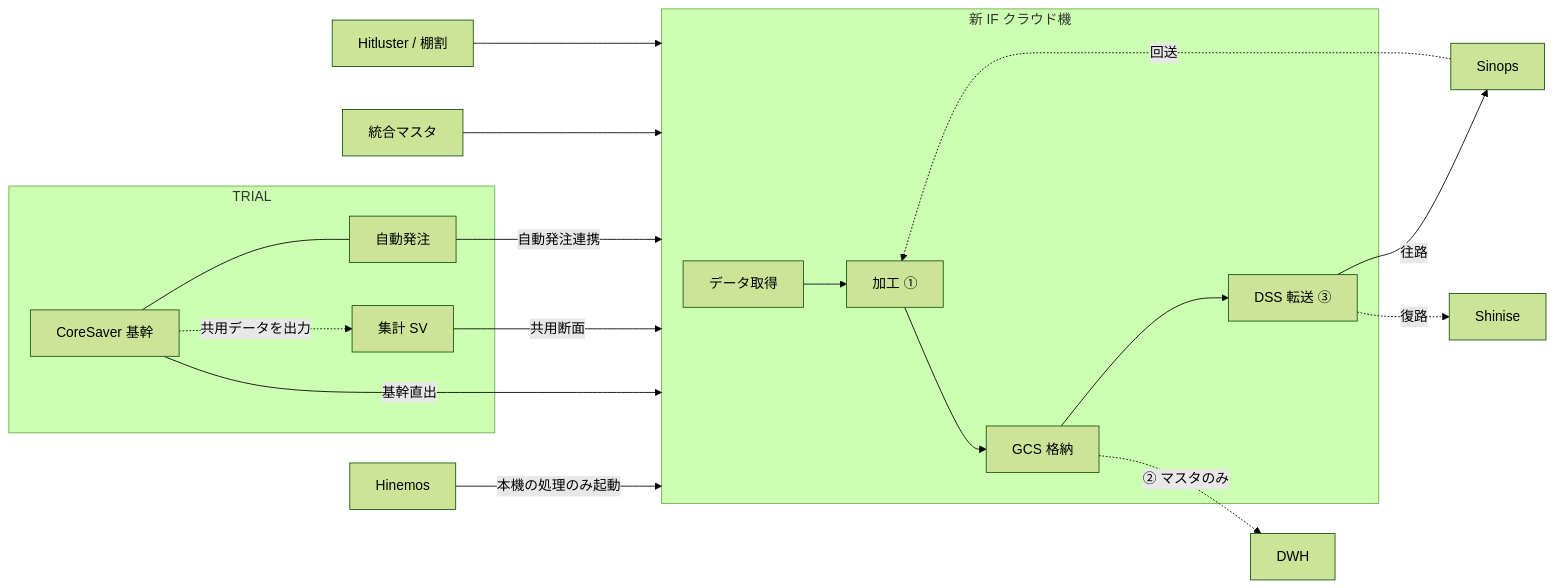
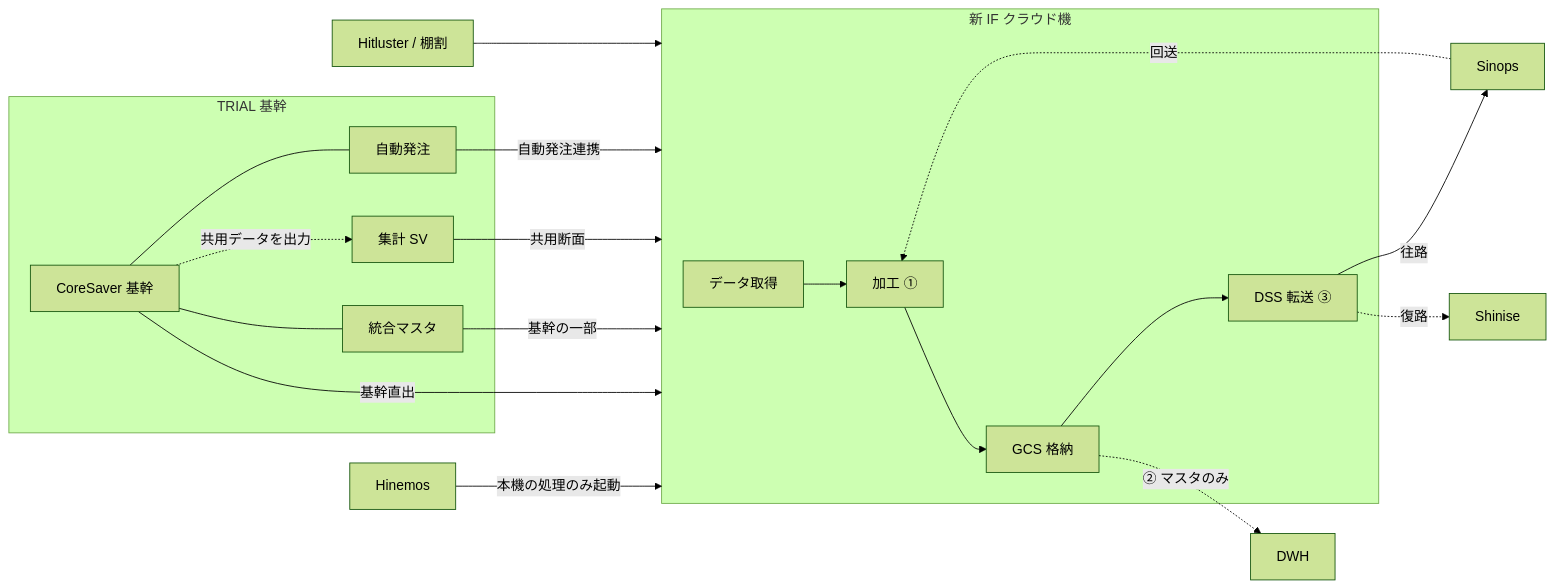
Before and after one commit to ZangPengshi-TREC/Zang_TreC: the diagram in PMI/Sinops/phase2-detail-design/SCM-IFクラウド機アーキテクチャ.md, drawn with Mermaid (forest theme). The commit also changed other lines of this file, not shown here.

Commit message:
docs: place unified master inside TRIAL core on SCM IF architecture

````diff
--- a/PMI/Sinops/phase2-detail-design/SCM-IFクラウド機アーキテクチャ.md
+++ b/PMI/Sinops/phase2-detail-design/SCM-IFクラウド機アーキテクチャ.md
@@ -30,31 +30,33 @@
 ```mermaid
 flowchart LR
   H[Hinemos] -->|本機の処理のみ起動| IF
 
-  subgraph TRIAL[TRIAL]
+  subgraph TRIAL[TRIAL 基幹]
     CS[CoreSaver 基幹]
+    MST[統合マスタ]
     SV[集計 SV]
     AO[自動発注]
+    CS --- MST
     CS -.->|共用データを出力| SV
     CS --- AO
   end
 
   CS -->|基幹直出| IF
+  MST -->|基幹の一部| IF
   SV -->|共用断面| IF
   AO -->|自動発注連携| IF
-  MST[統合マスタ] --> IF
   WMS[Hitluster / 棚割] --> IF
 
   subgraph IF["新 IF クラウド機"]
     P1[データ取得]
     P2[加工 ①]
     GCS[GCS 格納]
     DSS[DSS 転送 ③]
     P1 --> P2 --> GCS --> DSS
   end
 
   DSS -->|往路| SN[Sinops]
   SN -.->|回送| P2
   DSS -.->|復路| SH[Shinise]
   GCS -.->|② マスタのみ| DWH[DWH]
 ```
````
